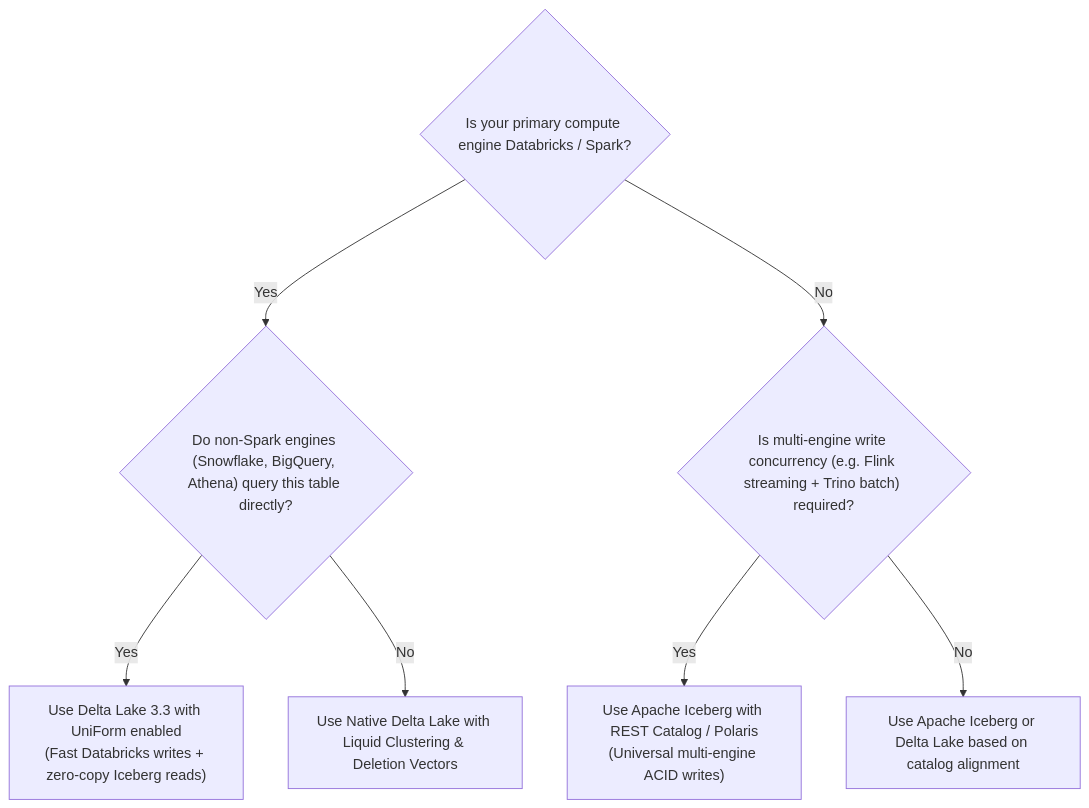
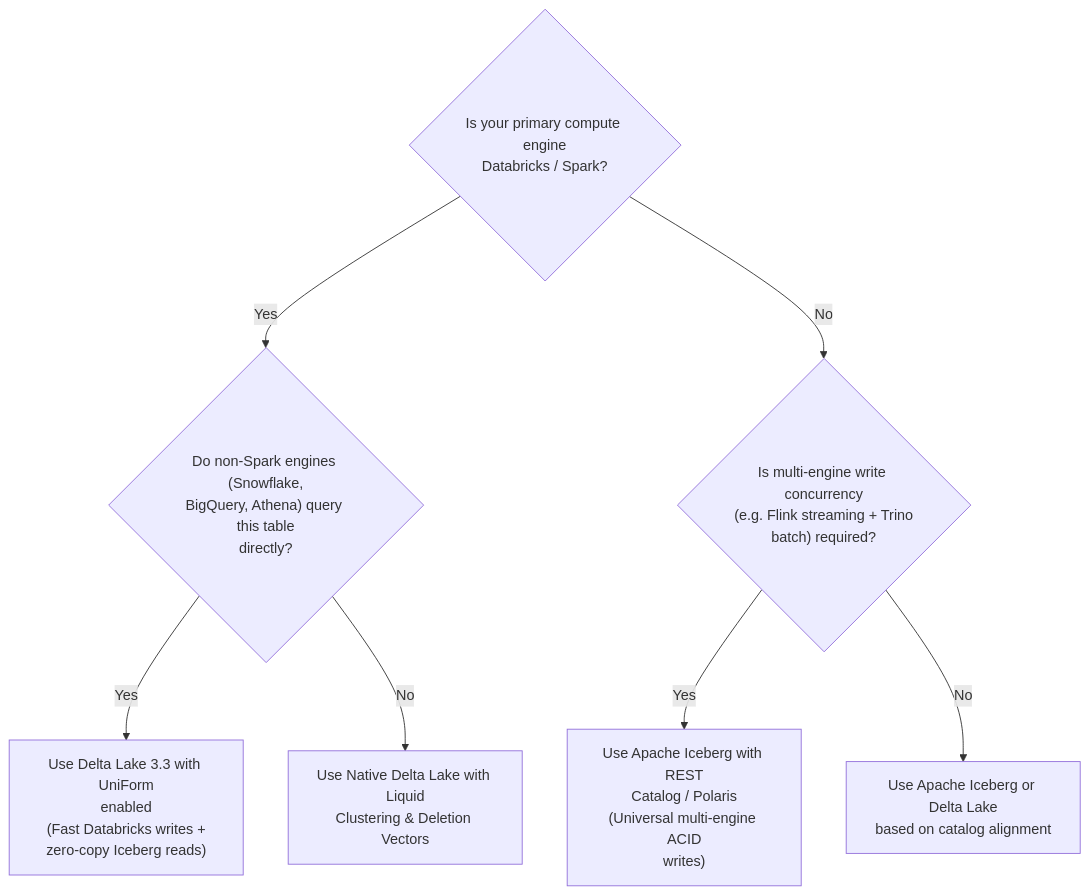
Before and after one commit to santoshjammi29/data-system-design-handbook: the second of 2 diagrams in modules/02_table_format_tradeoff_matrix/README.md, drawn with Mermaid. The commit also changed other lines of this file and 15 other files, not shown here.

Commit message:
fix(diagrams): word-wrap labels and escape comparison operators across all diagrams

````diff
--- a/modules/02_table_format_tradeoff_matrix/README.md
+++ b/modules/02_table_format_tradeoff_matrix/README.md
@@ -101,12 +101,12 @@
 ```mermaid
 flowchart TD
-    Q1{"Is your primary compute engine Databricks / Spark?"}
-    Q1 -- Yes --> Q2{"Do non-Spark engines (Snowflake, BigQuery, Athena) query this table directly?"}
-    Q1 -- No --> Q3{"Is multi-engine write concurrency (e.g. Flink streaming + Trino batch) required?"}
+    Q1{"Is your primary compute engine<br/>Databricks / Spark?"}
+    Q1 -- Yes --> Q2{"Do non-Spark engines (Snowflake,<br/>BigQuery, Athena) query this table<br/>directly?"}
+    Q1 -- No --> Q3{"Is multi-engine write concurrency<br/>(e.g. Flink streaming + Trino<br/>batch) required?"}
 
-    Q2 -- Yes --> A1["Use Delta Lake 3.3 with UniForm enabled\n(Fast Databricks writes + zero-copy Iceberg reads)"]
-    Q2 -- No --> A2["Use Native Delta Lake with Liquid Clustering & Deletion Vectors"]
+    Q2 -- Yes --> A1["Use Delta Lake 3.3 with UniForm<br/>enabled<br/>(Fast Databricks writes +<br/>zero-copy Iceberg reads)"]
+    Q2 -- No --> A2["Use Native Delta Lake with Liquid<br/>Clustering & Deletion Vectors"]
 
-    Q3 -- Yes --> A3["Use Apache Iceberg with REST Catalog / Polaris\n(Universal multi-engine ACID writes)"]
-    Q3 -- No --> A4["Use Apache Iceberg or Delta Lake based on catalog alignment"]
+    Q3 -- Yes --> A3["Use Apache Iceberg with REST<br/>Catalog / Polaris<br/>(Universal multi-engine ACID<br/>writes)"]
+    Q3 -- No --> A4["Use Apache Iceberg or Delta Lake<br/>based on catalog alignment"]
 ```
````
